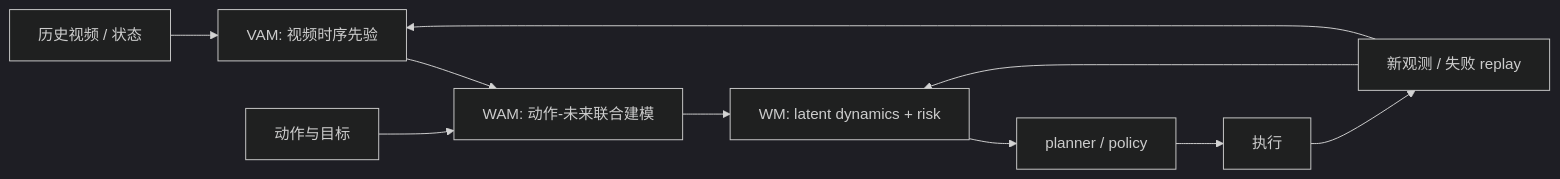
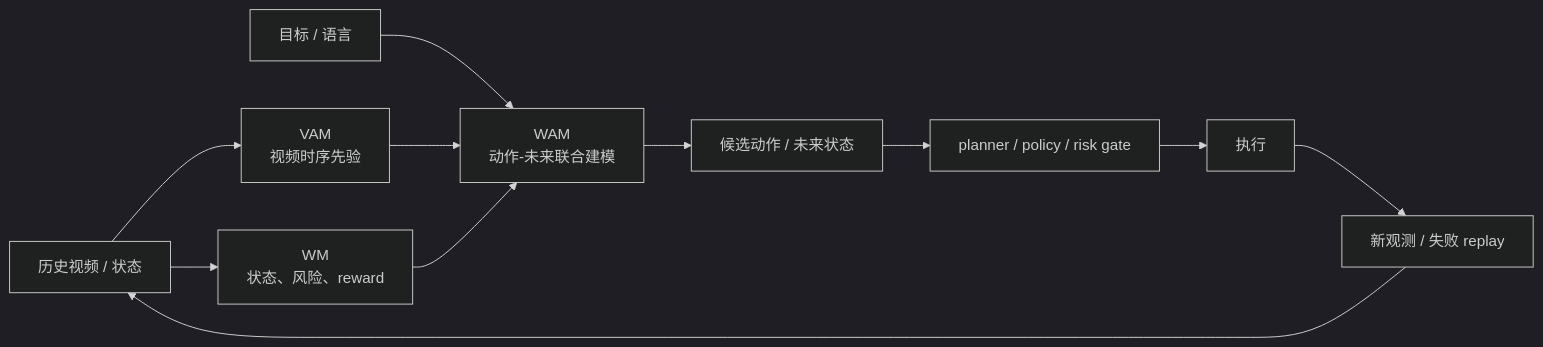
The diagram in files/world-models/wm-wam-vam-and-action-conditioned-modeling.md (Charles2530/Charles-AI-notes), drawn with Mermaid (dark theme) before and after one commit. The commit also changed other lines of this file and 82 other files, not shown here.

````diff
--- a/files/world-models/wm-wam-vam-and-action-conditioned-modeling.md
+++ b/files/world-models/wm-wam-vam-and-action-conditioned-modeling.md
@@ -131,12 +92,13 @@
 ```mermaid
 flowchart LR
-    A["历史视频 / 状态"] --> B["VAM: 视频时序先验"]
-    C["动作与目标"] --> D["WAM: 动作-未来联合建模"]
+    A["历史视频 / 状态"] --> B["VAM<br/>视频时序先验"]
+    A --> C["WM<br/>状态、风险、reward"]
+    G["目标 / 语言"] --> D["WAM<br/>动作-未来联合建模"]
     B --> D
-    D --> E["WM: latent dynamics + risk"]
-    E --> F["planner / policy"]
-    F --> G["执行"]
-    G --> H["新观测 / 失败 replay"]
-    H --> B
-    H --> E
+    C --> D
+    D --> E["候选动作 / 未来状态"]
+    E --> F["planner / policy / risk gate"]
+    F --> H["执行"]
+    H --> I["新观测 / 失败 replay"]
+    I --> A
 ```
````
